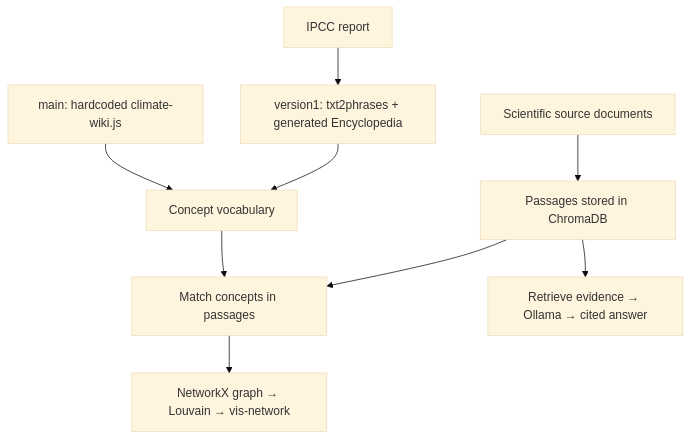
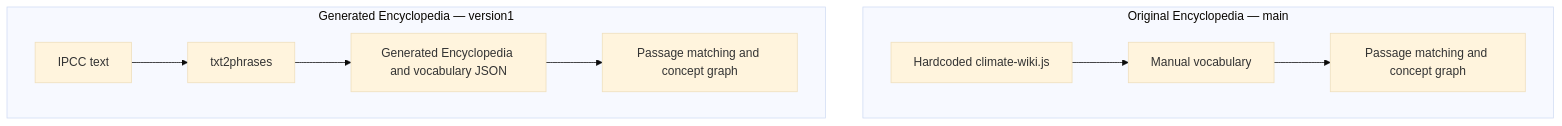
Before and after one commit to semanticClimate/ClimateInsight: the diagram in PROJECT_SUMMARY.md, drawn with Mermaid (base theme). The commit also changed other lines of this file, not shown here.

Commit message:
one page summary  updated

````diff
--- a/PROJECT_SUMMARY.md
+++ b/PROJECT_SUMMARY.md
@@ -23,11 +23,12 @@
 ```mermaid
 flowchart TD
-    A["main: hardcoded climate-wiki.js"] --> V[Concept vocabulary]
-    R[IPCC report] --> E["version1: txt2phrases + generated Encyclopedia"]
-    E --> V
-    S[Scientific source documents] --> C[Passages stored in ChromaDB]
-    V --> M[Match concepts in passages]
-    C --> M
-    M --> G["NetworkX graph → Louvain → vis-network"]
-    C --> B["Retrieve evidence → Ollama → cited answer"]
+    subgraph OLD["Original Encyclopedia — main"]
+        O1["Hardcoded climate-wiki.js"] --> O2[Manual vocabulary]
+        O2 --> O3[Passage matching and concept graph]
+    end
+    subgraph NEW["Generated Encyclopedia — version1"]
+        N1[IPCC text] --> N2[txt2phrases]
+        N2 --> N3[Generated Encyclopedia and vocabulary JSON]
+        N3 --> N4[Passage matching and concept graph]
+    end
 ```
````
